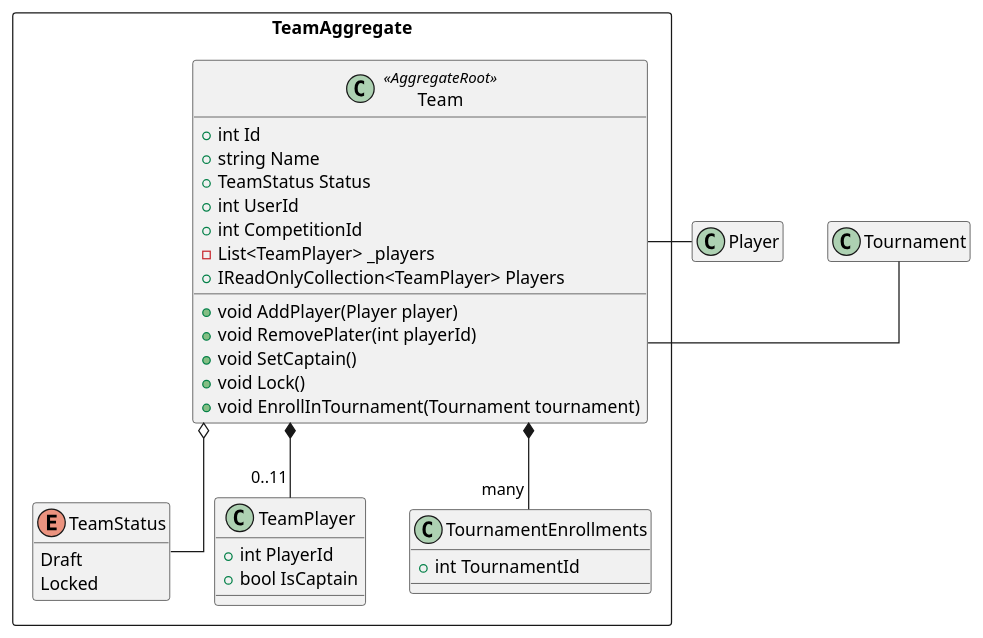
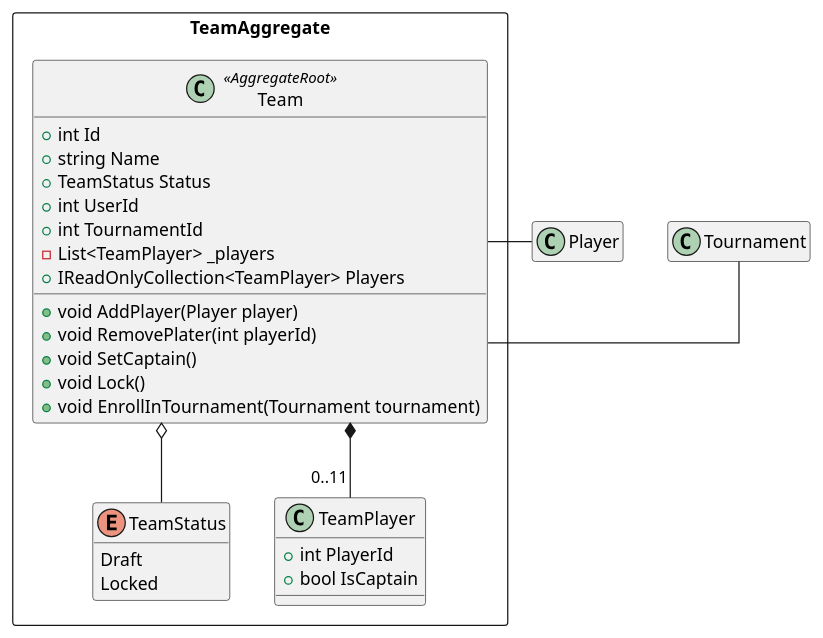
One commit to JKMN-Projects/TeamTactics changed the diagram in docs/Class Diagrams/Domain/Team.puml. Above: the diagram before and after it, drawn with PlantUML. The commit also changed 4 other files, not shown here.

```diff
--- a/docs/Class Diagrams/Domain/Team.puml
+++ b/docs/Class Diagrams/Domain/Team.puml
@@ -1,46 +1,41 @@
 @startuml Team
 hide enum methods
 skinparam Linetype Ortho
 
 package TeamAggregate <<Rectangle>> {
     class Team <<AggregateRoot>> {
         +int Id
         +string Name
         +TeamStatus Status
         +int UserId
-        +int CompetitionId
+        +int TournamentId
         -List<TeamPlayer> _players
         +IReadOnlyCollection<TeamPlayer> Players
 
         +void AddPlayer(Player player)
         +void RemovePlater(int playerId)
         +void SetCaptain()
         +void Lock()
         +void EnrollInTournament(Tournament tournament)
     }
 
     enum TeamStatus {
         Draft
         Locked
     }
 
     class TeamPlayer {
         +int PlayerId 
         +bool IsCaptain   
     }
 
-    class TournamentEnrollments {
-        +int TournamentId
-    }
-
     Team o-- TeamStatus
     Team *-- "0..11" TeamPlayer
-    Team *-- "many" TournamentEnrollments
 }
 
 Team - Player
 Team - Tournament
 
 hide Player members
 hide Tournament members
 @enduml 
```
